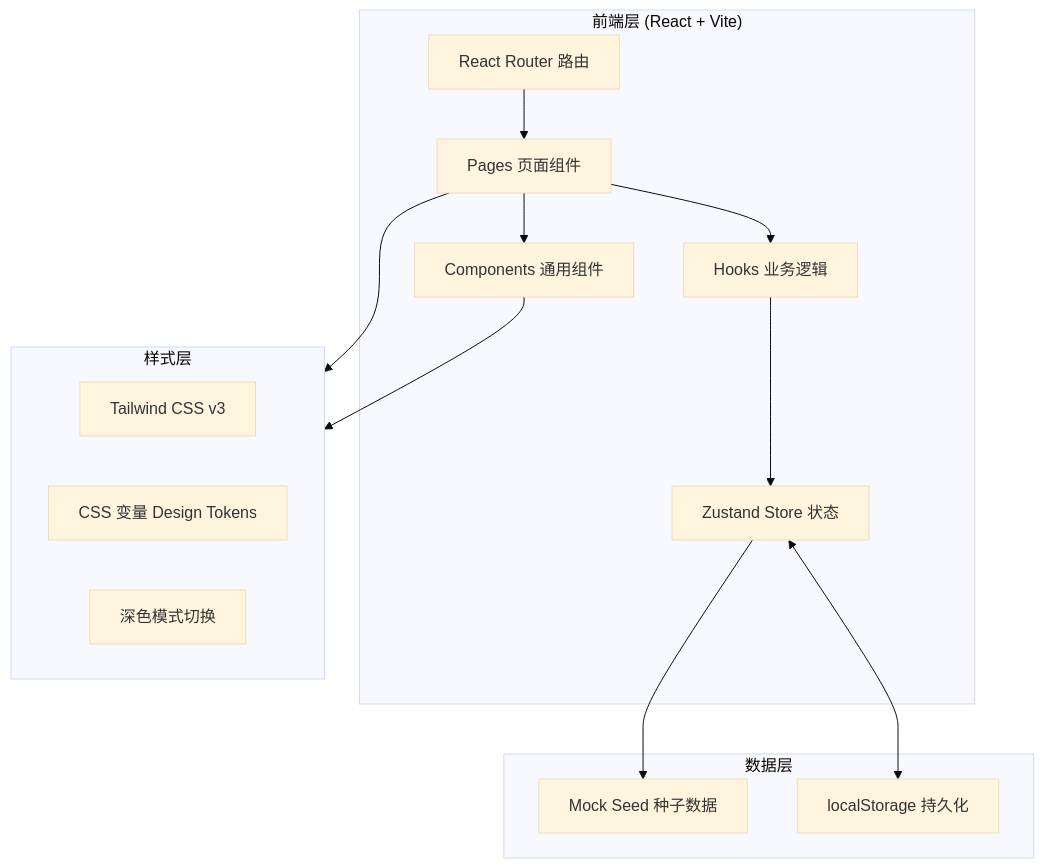
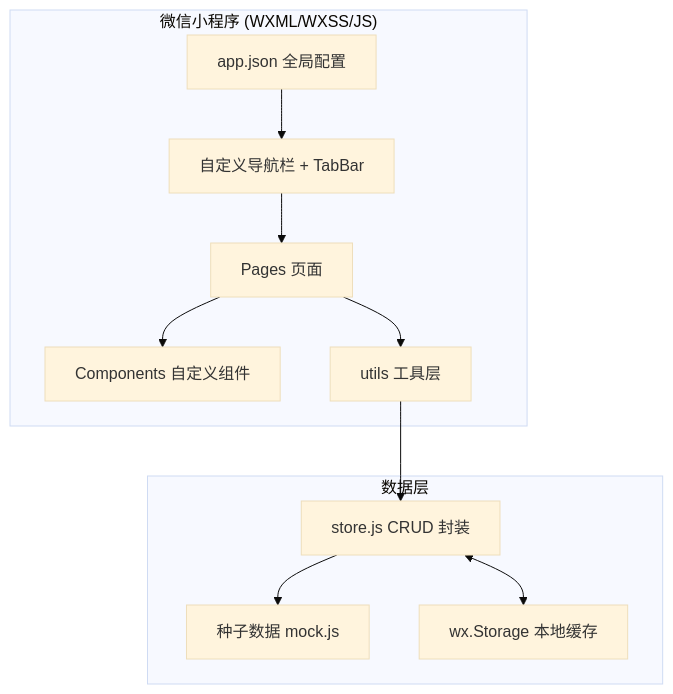
The diagram in .trae/documents/TechnicalArchitecture.md (meiyx7/team-remind), drawn with Mermaid (base theme) before and after one commit. The commit also changed other lines of this file and 1 other file, not shown here.

````diff
--- a/.trae/documents/TechnicalArchitecture.md
+++ b/.trae/documents/TechnicalArchitecture.md
@@ -5,28 +5,23 @@
 ```mermaid
 flowchart TD
-    subgraph FE["前端层 (React + Vite)"]
-        R["React Router 路由"]
-        P["Pages 页面组件"]
-        C["Components 通用组件"]
-        S["Zustand Store 状态"]
-        H["Hooks 业务逻辑"]
+    subgraph MP["微信小程序 (WXML/WXSS/JS)"]
+        APP["app.json 全局配置"]
+        NAV["自定义导航栏 + TabBar"]
+        P["Pages 页面"]
+        C["Components 自定义组件"]
+        U["utils 工具层"]
     end
     subgraph DATA["数据层"]
-        MS["Mock Seed 种子数据"]
-        LS["localStorage 持久化"]
-    end
-    subgraph STYLING["样式层"]
-        T["Tailwind CSS v3"]
-        CV["CSS 变量 Design Tokens"]
-        DM["深色模式切换"]
+        SEED["种子数据 mock.js"]
+        STORE["store.js CRUD 封装"]
+        CACHE["wx.Storage 本地缓存"]
     end
 
-    R --> P
+    APP --> NAV
+    NAV --> P
     P --> C
-    P --> H
-    H --> S
-    S <--> LS
-    S --> MS
-    P --> STYLING
-    C --> STYLING
+    P --> U
+    U --> STORE
+    STORE <--> CACHE
+    STORE --> SEED
 ```
````
